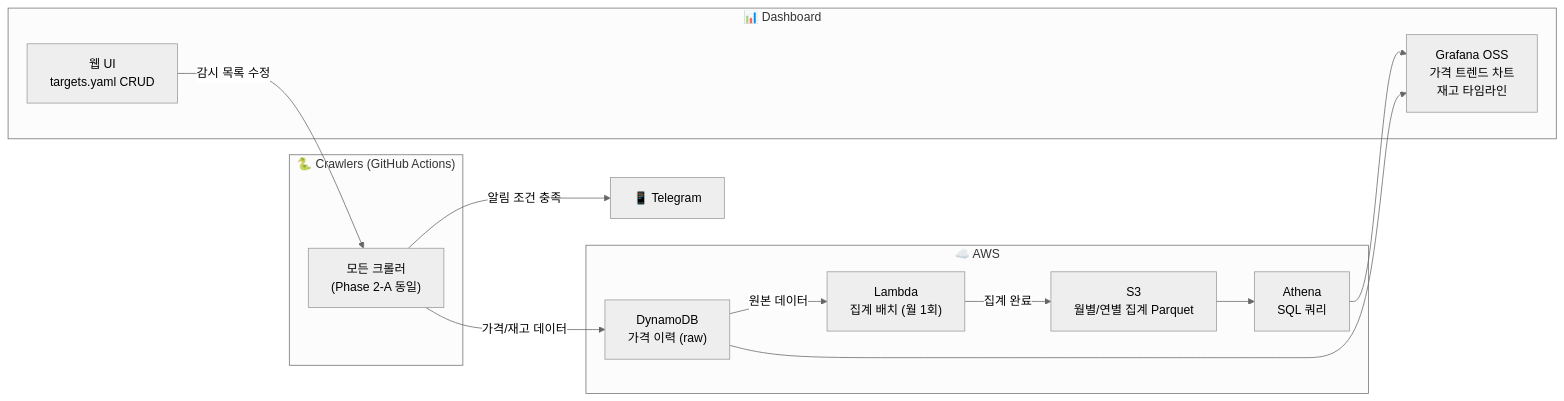
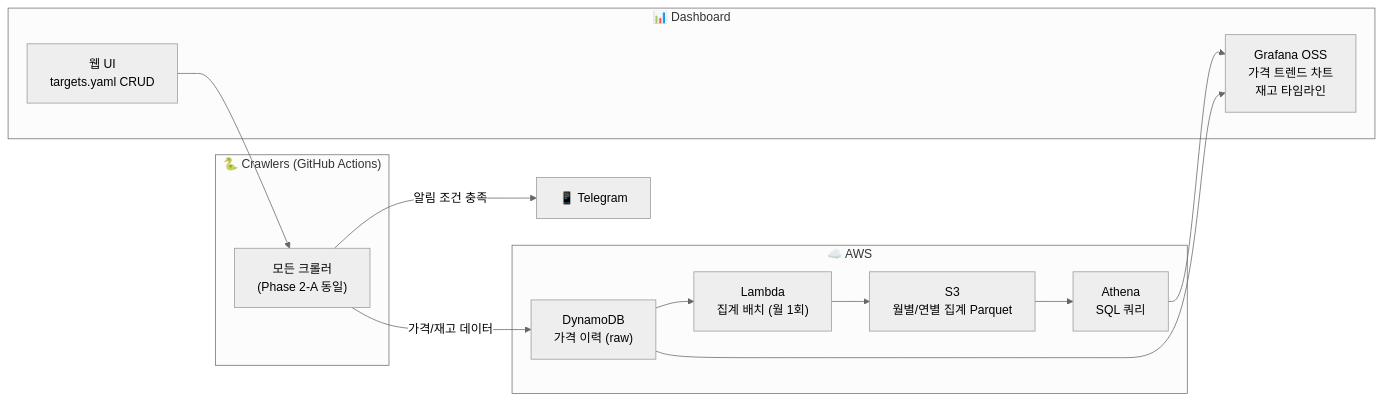
One commit to veryfaraway/DeReel changed the fourth of 5 diagrams in docs/ARCHITECTURE.md. Above: the diagram before and after it, drawn with Mermaid (neutral theme). The commit also changed other lines of this file and 5 other files, not shown here.

````diff
--- a/docs/ARCHITECTURE.md
+++ b/docs/ARCHITECTURE.md
@@ -111,28 +157,26 @@
 ```mermaid
 flowchart LR
     subgraph Crawlers ["🐍 Crawlers (GitHub Actions)"]
         CR["모든 크롤러\n(Phase 2-A 동일)"]
     end
 
     subgraph AWS ["☁️ AWS"]
         DDB["DynamoDB\n가격 이력 (raw)"]
         S3P["S3\n월별/연별 집계 Parquet"]
         ATH["Athena\nSQL 쿼리"]
         LMB["Lambda\n집계 배치 (월 1회)"]
     end
 
     subgraph Dashboard ["📊 Dashboard"]
         GF["Grafana OSS\n가격 트렌드 차트\n재고 타임라인"]
         UI["웹 UI\ntargets.yaml CRUD"]
     end
 
     TG["📱 Telegram"]
 
     CR -->|가격/재고 데이터| DDB
     CR -->|알림 조건 충족| TG
-    DDB -->|원본 데이터| LMB
-    LMB -->|집계 완료| S3P
-    S3P --> ATH --> GF
+    DDB --> LMB --> S3P --> ATH --> GF
     DDB --> GF
-    UI -->|감시 목록 수정| CR
+    UI --> CR
 ```
````
